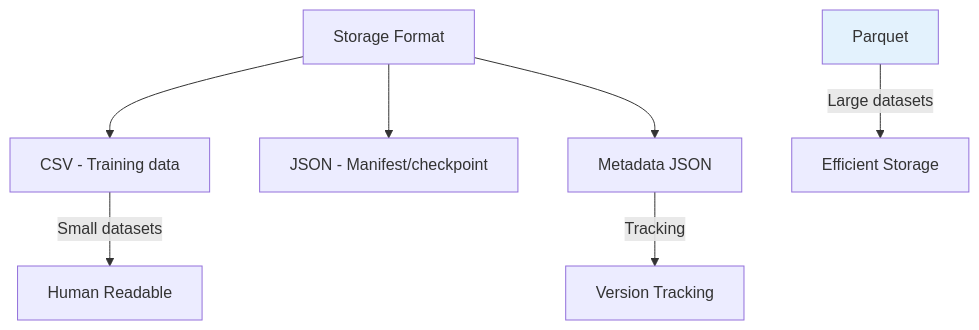
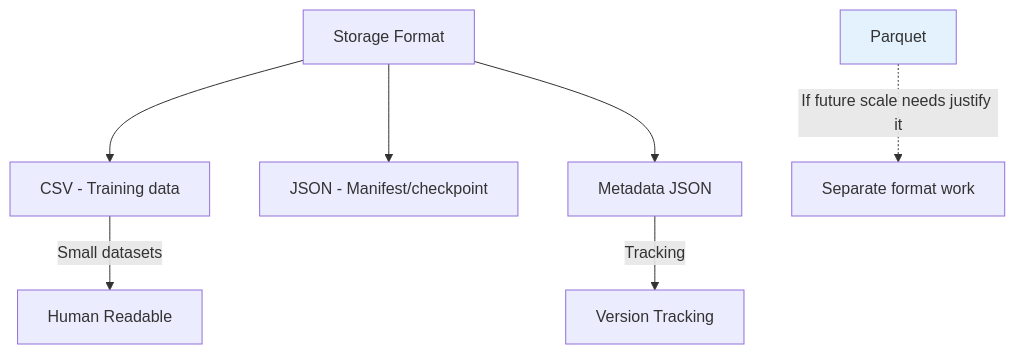
Before and after one commit to Evintkoo/2048-ml: the fifth of 7 diagrams in plans/06-Data/03-Storage/01-dataset-storage.md, drawn with Mermaid. The commit also changed other lines of this file and 8 other files, not shown here.

````diff
--- a/plans/06-Data/03-Storage/01-dataset-storage.md
+++ b/plans/06-Data/03-Storage/01-dataset-storage.md
@@ -108,13 +108,13 @@
 ```mermaid
 flowchart TD
     Format[Storage Format]
     Format --> CSV[CSV - Training data]
     Format --> JSON[JSON - Manifest/checkpoint]
     Format --> Metadata[Metadata JSON]
     
-    Parquet --> |Large datasets| Efficient[Efficient Storage]
+    Parquet -.-> |If future scale needs justify it| Efficient[Separate format work]
     CSV --> |Small datasets| Accessible[Human Readable]
     Metadata --> |Tracking| Track[Version Tracking]
     
     style Parquet fill:#e3f2fd
 ```
````
